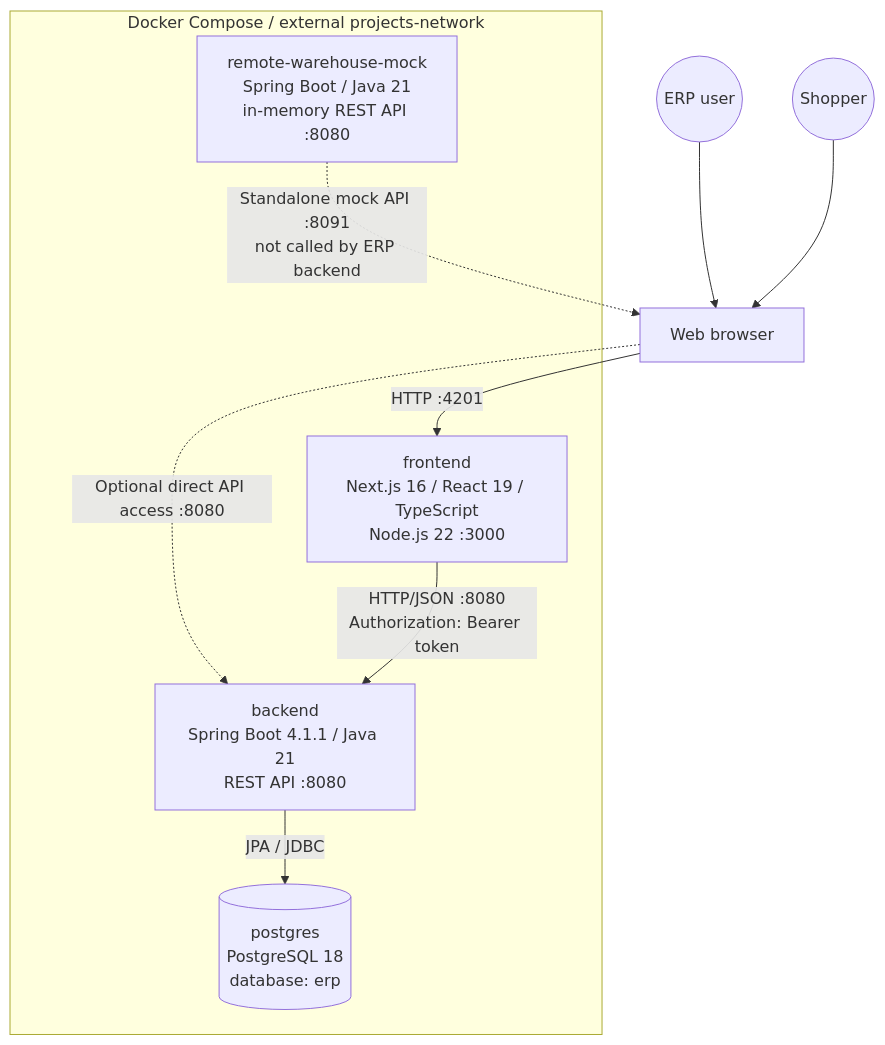
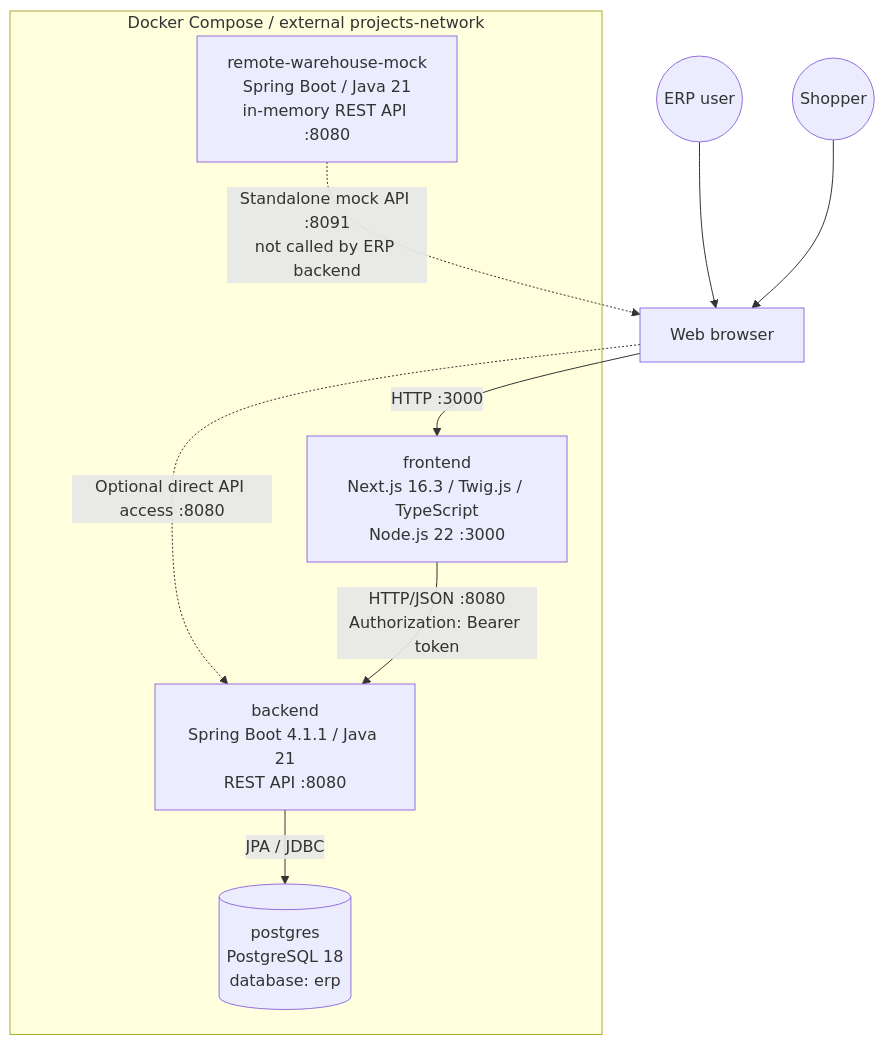
One commit to vitasmir/ERP changed the first of 2 diagrams in ARCHITECTURE.md. Above: the diagram before and after it, drawn with Mermaid. The commit also changed other lines of this file and 106 other files, not shown here.

````diff
--- a/ARCHITECTURE.md
+++ b/ARCHITECTURE.md
@@ -9,21 +9,21 @@
 ```mermaid
 flowchart TB
     user((ERP user))
     shopper((Shopper))
     browser["Web browser"]
 
     subgraph compose["Docker Compose / external projects-network"]
-        frontend["frontend<br/>Next.js 16 / React 19 / TypeScript<br/>Node.js 22 :3000"]
+        frontend["frontend<br/>Next.js 16.3 / Twig.js / TypeScript<br/>Node.js 22 :3000"]
         backend["backend<br/>Spring Boot 4.1.1 / Java 21<br/>REST API :8080"]
         db[("postgres<br/>PostgreSQL 18<br/>database: erp")]
         warehouse["remote-warehouse-mock<br/>Spring Boot / Java 21<br/>in-memory REST API :8080"]
     end
 
     user --> browser
     shopper --> browser
-    browser -->|"HTTP :4201"| frontend
+    browser -->|"HTTP :3000"| frontend
     browser -.->|"Optional direct API access :8080"| backend
     frontend -->|"HTTP/JSON :8080<br/>Authorization: Bearer token"| backend
     backend -->|"JPA / JDBC"| db
     warehouse -.->|"Standalone mock API :8091<br/>not called by ERP backend"| browser
 ```
````
